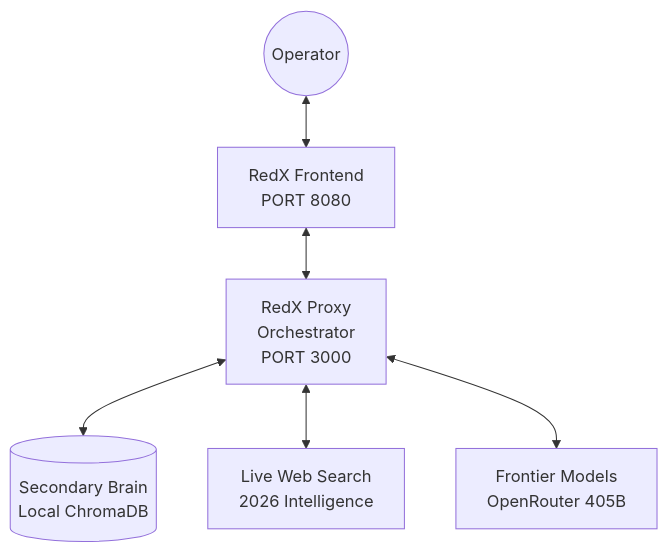
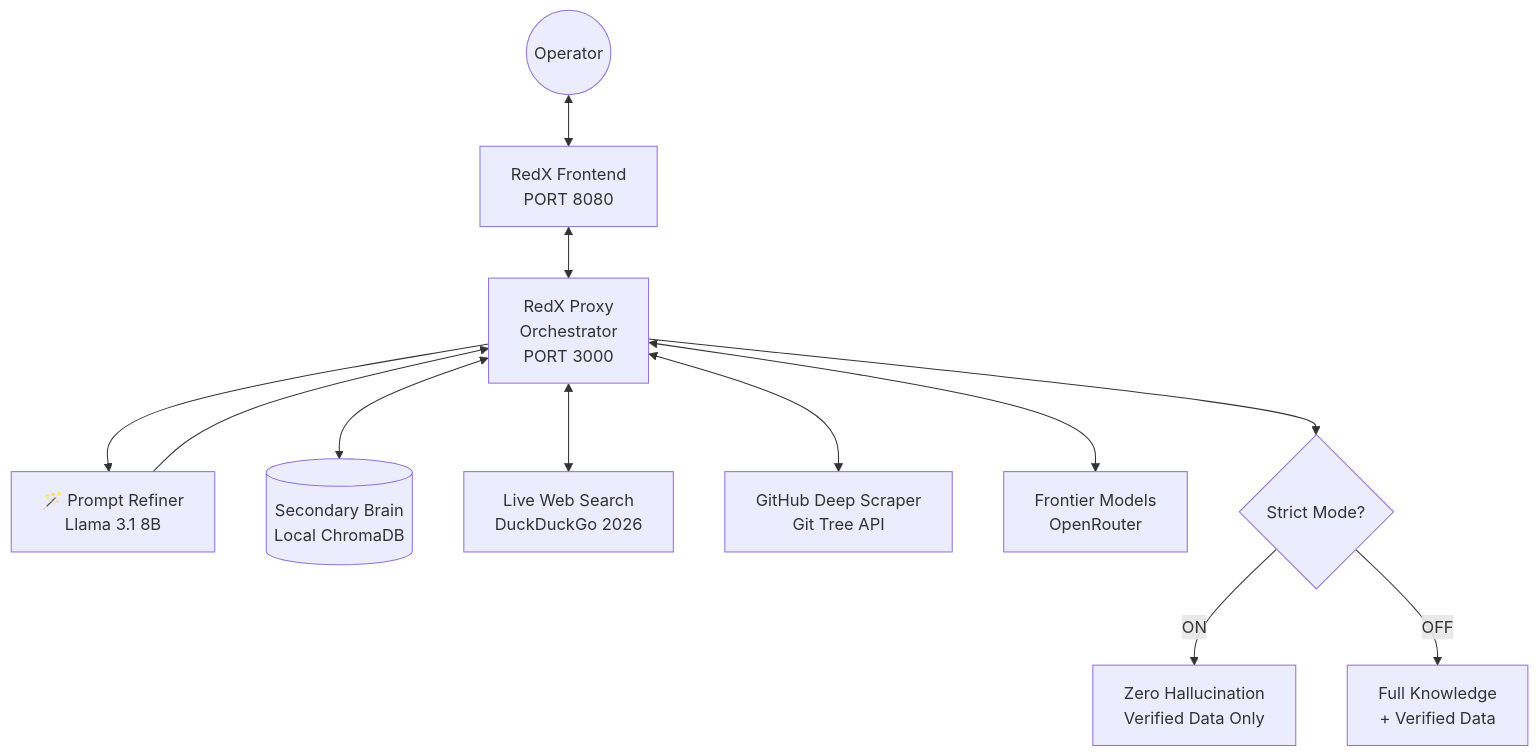
The diagram in README.md (Smaster21/RedX), drawn with Mermaid before and after one commit. The commit also changed other lines of this file and 4 other files, not shown here.

Commit message:
RedX v4.2 — Deep Scraper, Prompt Refiner, Strict Mode, URL Memory

````diff
--- a/README.md
+++ b/README.md
@@ -41,8 +73,17 @@
 ```mermaid
 graph TD
-    User((Operator)) <--> UI[RedX Frontend\nPORT 8080]
-    UI <--> Proxy[RedX Proxy\nOrchestrator\nPORT 3000]
-    Proxy <--> DB[(Secondary Brain\nLocal ChromaDB)]
-    Proxy <--> Web[Live Web Search\n2026 Intelligence]
-    Proxy <--> LLM[Frontier Models\nOpenRouter 405B]
+    User((Operator)) <--> UI[RedX Frontend<br>PORT 8080]
+    UI <--> Proxy[RedX Proxy<br>Orchestrator<br>PORT 3000]
+    
+    Proxy --> Refiner[🪄 Prompt Refiner<br>Llama 3.1 8B]
+    Refiner --> Proxy
+    
+    Proxy <--> DB[(Secondary Brain<br>Local ChromaDB)]
+    Proxy <--> Web[Live Web Search<br>DuckDuckGo 2026]
+    Proxy <--> GitHub[GitHub Deep Scraper<br>Git Tree API]
+    Proxy <--> LLM[Frontier Models<br>OpenRouter]
+    
+    Proxy --> Scrutiny{Strict Mode?}
+    Scrutiny -->|ON| StrictLLM[Zero Hallucination<br>Verified Data Only]
+    Scrutiny -->|OFF| StandardLLM[Full Knowledge<br>+ Verified Data]
 ```
````
